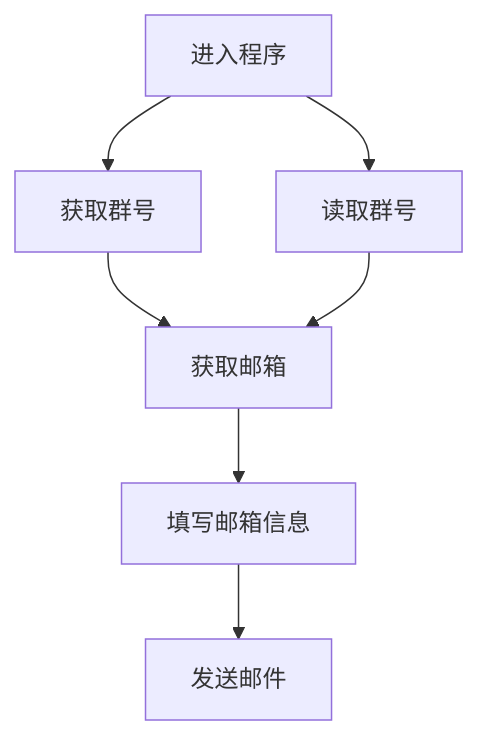
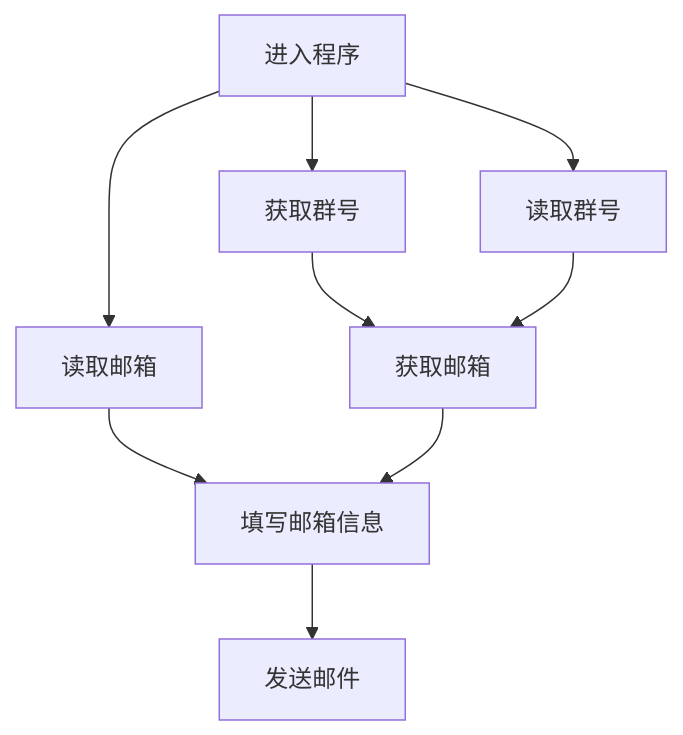
One commit to KrisShin/QQGroupMailSender changed the diagram in README.md. Above: the diagram before and after it, drawn with Mermaid. The commit also changed other lines of this file and 1 other file, not shown here.

````diff
--- a/README.md
+++ b/README.md
@@ -30,9 +30,11 @@
 ```mermaid
     graph TB
     进入程序 --> 获取群号
     进入程序 --> 读取群号
+    进入程序 --> 读取邮箱
     获取群号 --> 获取邮箱
     读取群号 --> 获取邮箱
+    读取邮箱 --> 填写邮箱信息
     获取邮箱 --> 填写邮箱信息
     填写邮箱信息 --> 发送邮件
 ```
````
